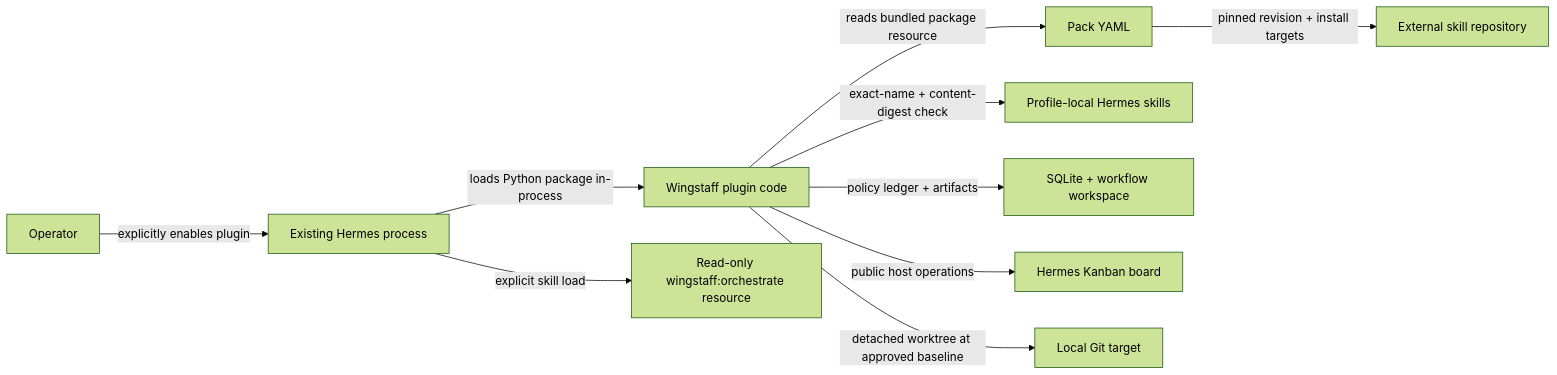
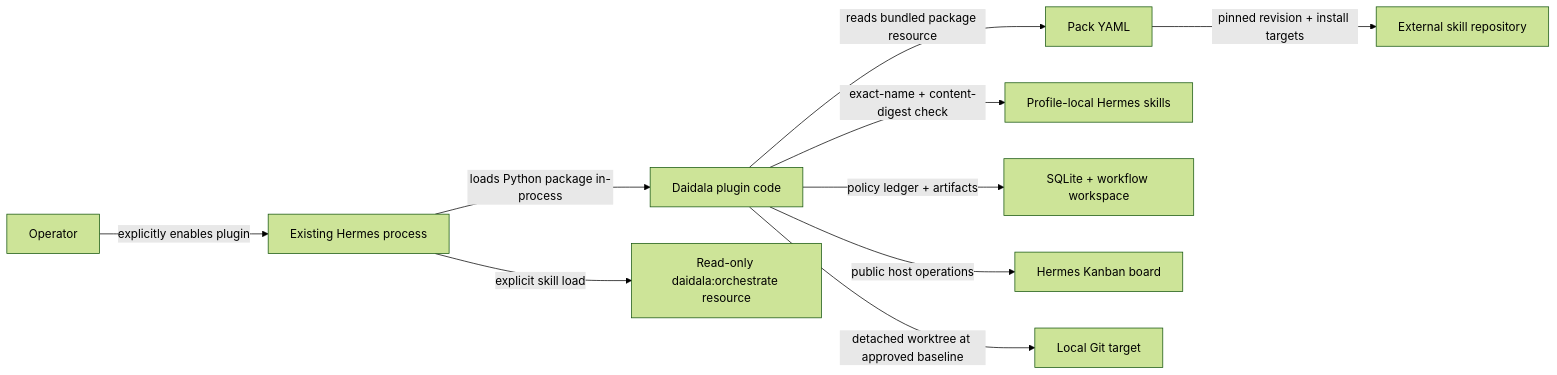
One commit to forgegod/daidala changed the diagram in docs/06-security.md. Above: the diagram before and after it, drawn with Mermaid (forest theme). The commit also changed other lines of this file and 28 other files, not shown here.

````diff
--- a/docs/06-security.md
+++ b/docs/06-security.md
@@ -12,12 +12,12 @@
 ```mermaid
 flowchart LR
     OP["Operator"] -->|"explicitly enables plugin"| H["Existing Hermes process"]
-    H -->|"loads Python package in-process"| W["Wingstaff plugin code"]
+    H -->|"loads Python package in-process"| W["Daidala plugin code"]
     W -->|"reads bundled package resource"| Y["Pack YAML"]
     W -->|"exact-name + content-digest check"| I["Profile-local Hermes skills"]
     W -->|"policy ledger + artifacts"| D["SQLite + workflow workspace"]
     W -->|"public host operations"| K["Hermes Kanban board"]
     W -->|"detached worktree at approved baseline"| G["Local Git target"]
     Y -->|"pinned revision + install targets"| E["External skill repository"]
-    H -->|"explicit skill load"| S["Read-only wingstaff:orchestrate resource"]
+    H -->|"explicit skill load"| S["Read-only daidala:orchestrate resource"]
 ```
````
